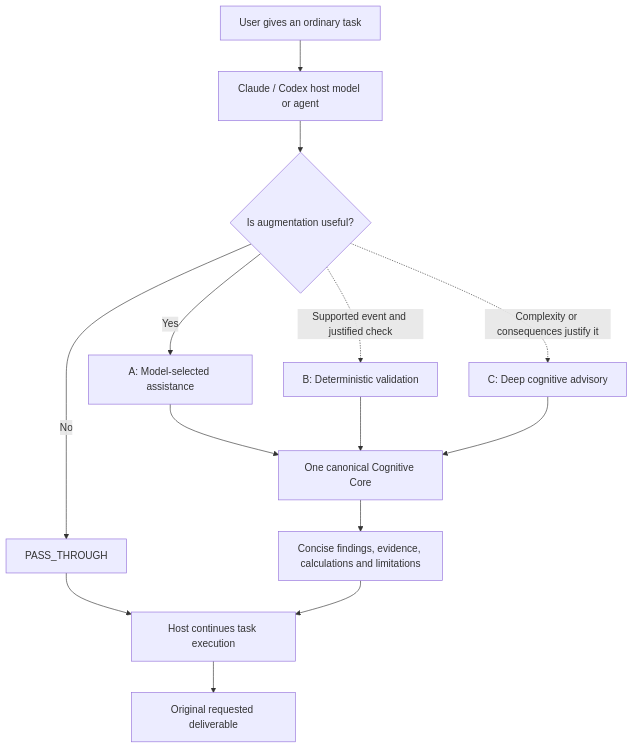
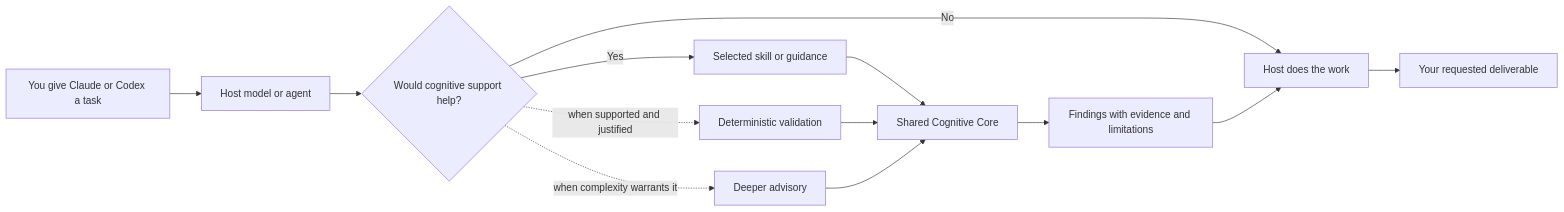
The diagram in README.md (azoghry-commits/Cognition-OS), drawn with Mermaid before and after one commit. The commit also changed other lines of this file, not shown here.

````diff
--- a/README.md
+++ b/README.md
@@ -56,16 +37,15 @@
 ```mermaid
-flowchart TD
-    U["User gives an ordinary task"] --> H["Claude / Codex host model or agent"]
-    H --> G{"Is augmentation useful?"}
-    G -->|No| P["PASS_THROUGH"]
-    P --> X["Host continues task execution"]
-    G -->|Yes| A["A: Model-selected assistance"]
-    G -. "Supported event and justified check" .-> B["B: Deterministic validation"]
-    G -. "Complexity or consequences justify it" .-> C["C: Deep cognitive advisory"]
-    A --> K["One canonical Cognitive Core"]
-    B --> K
-    C --> K
-    K --> F["Concise findings, evidence, calculations and limitations"]
-    F --> X
-    X --> D["Original requested deliverable"]
+flowchart LR
+    U["You give Claude or Codex a task"] --> H["Host model or agent"]
+    H --> D{"Would cognitive support help?"}
+    D -->|No| W["Host does the work"]
+    D -->|Yes| S["Selected skill or guidance"]
+    D -. "when supported and justified" .-> V["Deterministic validation"]
+    D -. "when complexity warrants it" .-> A["Deeper advisory"]
+    S --> C["Shared Cognitive Core"]
+    V --> C
+    A --> C
+    C --> F["Findings with evidence and limitations"]
+    F --> W
+    W --> O["Your requested deliverable"]
 ```
````
